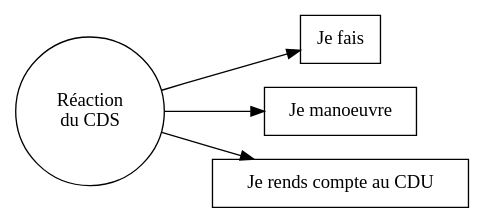
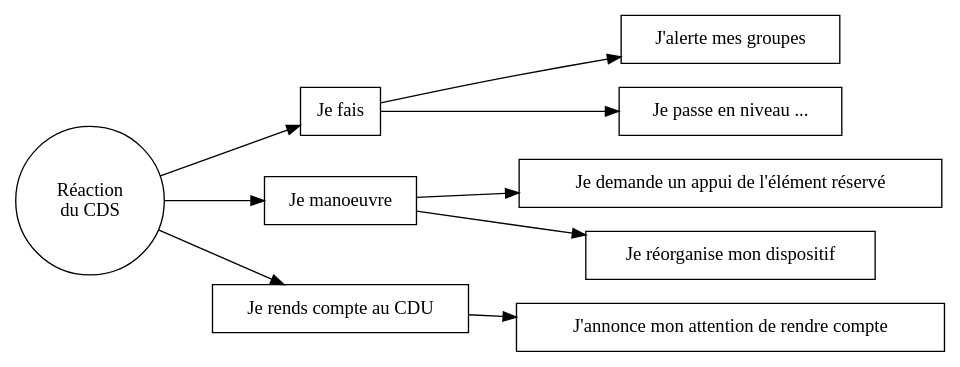
Before and after one commit to FG-2/FG-2.github.io: the diagram in Combat/Section proterre/Ordres de conduite/réaction_cds.dot, drawn with Graphviz. The commit also changed 50 other files, not shown here.

```diff
--- a/Combat/Section proterre/Ordres de conduite/réaction_cds.dot
+++ b/Combat/Section proterre/Ordres de conduite/réaction_cds.dot
@@ -1,12 +1,20 @@
 digraph {
 
     graph [layout = dot, overlap=false, rankdir=LR, ordering="out"]
     
     node [shape = circle]
     "Réaction\ndu CDS"
     
     node [shape = rectangle]
     "Réaction\ndu CDS" -> "Je fais", "Je manoeuvre", "Je rends compte au CDU"
     
+    "Je fais" -> "J'alerte mes groupes"
+    "Je fais" -> "Je passe en niveau ..."
+    
+    "Je manoeuvre" -> "Je demande un appui de l'élément réservé"
+    "Je manoeuvre" -> "Je réorganise mon dispositif"
+    
+    "Je rends compte au CDU" -> "J'annonce mon attention de rendre compte"
+    
     
 }
```
